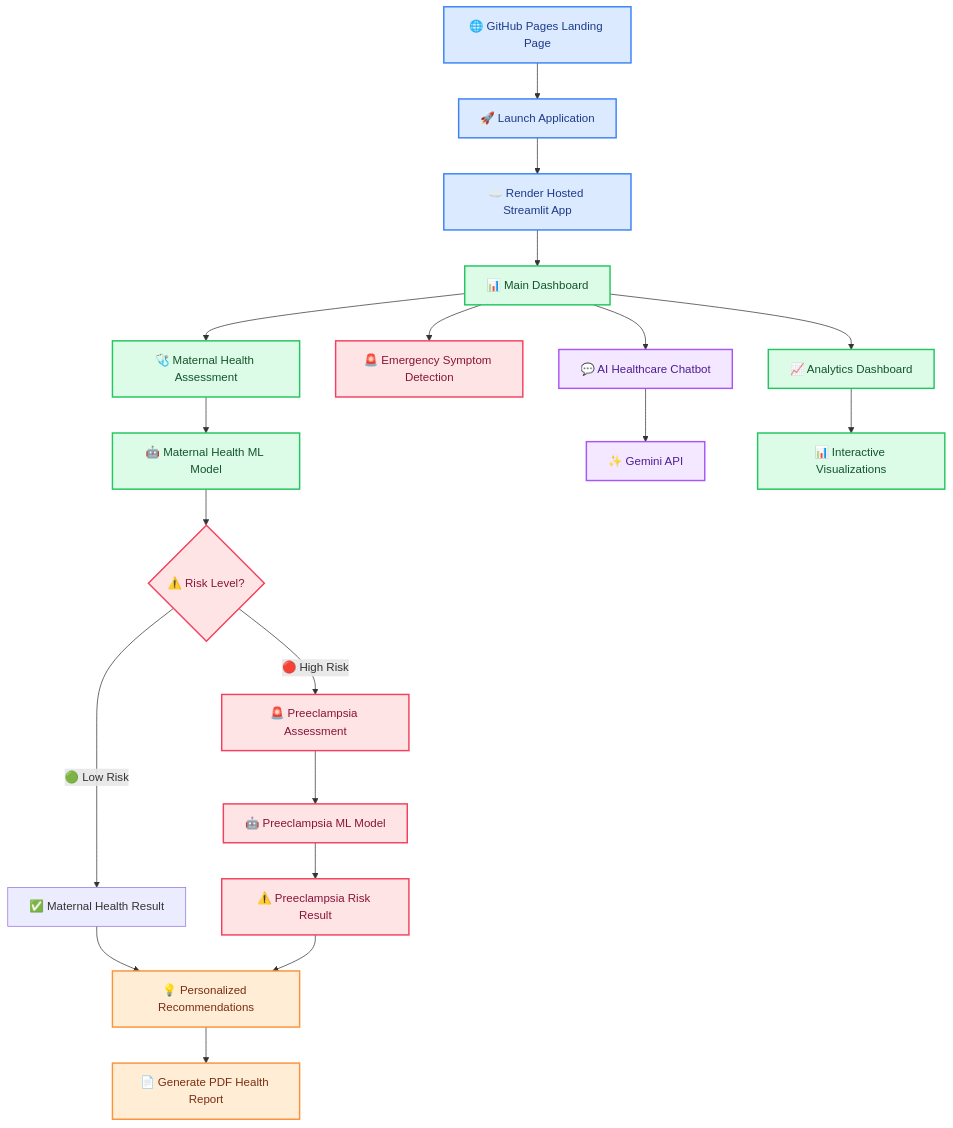
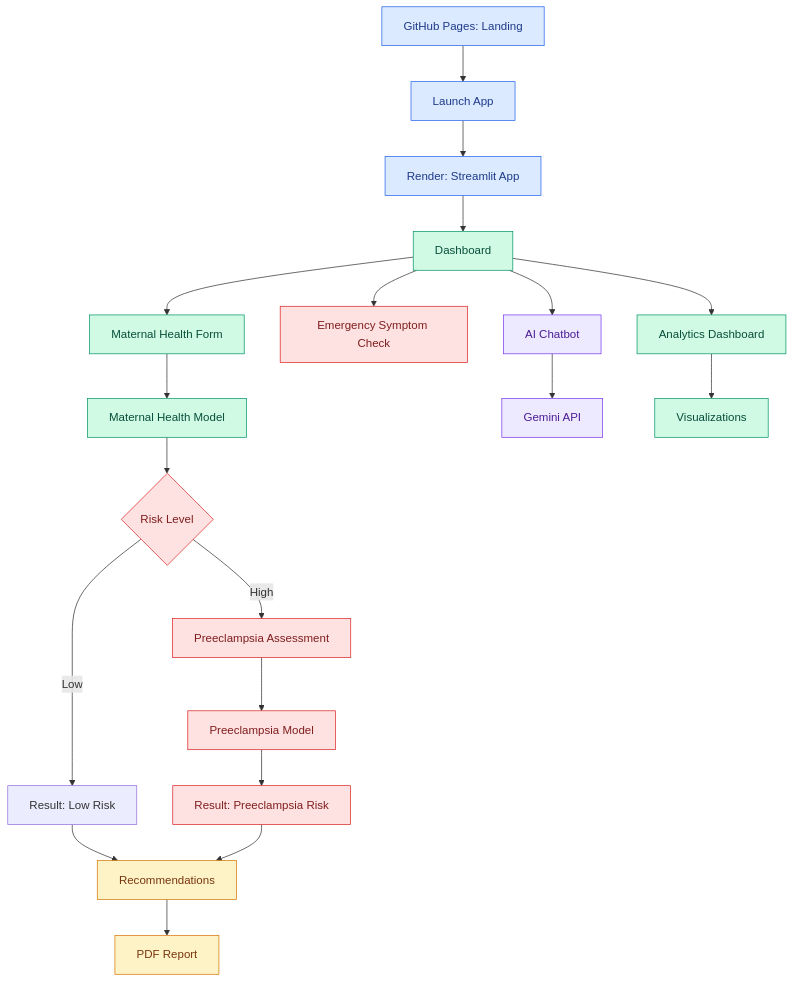
Before and after one commit to Gouravkar007/AI-Based-Maternal-Health-Preeclampsia-Risk-Prediction-System: the second of 2 diagrams in AI-Based-Maternal-Health-Preeclampsia-Risk-Prediction-System/README.md, drawn with Mermaid. The commit also changed other lines of this file, not shown here.

````diff
--- a/AI-Based-Maternal-Health-Preeclampsia-Risk-Prediction-System/README.md
+++ b/AI-Based-Maternal-Health-Preeclampsia-Risk-Prediction-System/README.md
@@ -232,51 +159,33 @@
 ```mermaid
 flowchart TD
+A[GitHub Pages: Landing] --> B[Launch App]
+B --> C[Render: Streamlit App]
+C --> D[Dashboard]
+D --> E[Maternal Health Form]
+E --> F[Maternal Health Model]
+F --> G{Risk Level}
+G -->|Low| H[Result: Low Risk]
+G -->|High| I[Preeclampsia Assessment]
+I --> J[Preeclampsia Model]
+J --> K[Result: Preeclampsia Risk]
+H --> L[Recommendations]
+K --> L
+L --> M[PDF Report]
+D --> N[Emergency Symptom Check]
+D --> O[AI Chatbot]
+O --> P[Gemini API]
+D --> Q[Analytics Dashboard]
+Q --> R[Visualizations]
 
-A[🌐 GitHub Pages Landing Page] --> B[🚀 Launch Application]
+classDef entry fill:#DBEAFE,stroke:#2563EB,color:#1E3A8A;
+classDef core fill:#D1FAE5,stroke:#059669,color:#064E3B;
+classDef risk fill:#FEE2E2,stroke:#DC2626,color:#7F1D1D;
+classDef ai fill:#EDE9FE,stroke:#7C3AED,color:#4C1D95;
+classDef out fill:#FEF3C7,stroke:#D97706,color:#78350F;
 
-B --> C[☁️ Render Hosted Streamlit App]
-
-C --> D[📊 Main Dashboard]
-
-D --> E[🩺 Maternal Health Assessment]
-
-E --> F[🤖 Maternal Health ML Model]
-
-F --> G{⚠️ Risk Level?}
-
-G -->|🟢 Low Risk| H[✅ Maternal Health Result]
-
-G -->|🔴 High Risk| I[🚨 Preeclampsia Assessment]
-
-I --> J[🤖 Preeclampsia ML Model]
-
-J --> K[⚠️ Preeclampsia Risk Result]
-
-H --> L[💡 Personalized Recommendations]
-K --> L
-
-L --> M[📄 Generate PDF Health Report]
-
-D --> N[🚨 Emergency Symptom Detection]
-
-D --> O[💬 AI Healthcare Chatbot]
-
-O --> P[✨ Gemini API]
-
-D --> Q[📈 Analytics Dashboard]
-
-Q --> R[📊 Interactive Visualizations]
-
-%% Styling
-classDef landing fill:#DBEAFE,stroke:#3B82F6,color:#1E3A8A,stroke-width:2px;
-classDef app fill:#DCFCE7,stroke:#22C55E,color:#14532D,stroke-width:2px;
-classDef risk fill:#FFE4E6,stroke:#F43F5E,color:#881337,stroke-width:2px;
-classDef ai fill:#F3E8FF,stroke:#A855F7,color:#4C1D95,stroke-width:2px;
-classDef report fill:#FFEDD5,stroke:#FB923C,color:#7C2D12,stroke-width:2px;
-
-class A,B,C landing;
-class D,E,F,Q,R app;
+class A,B,C entry;
+class D,E,F,Q,R core;
 class G,I,J,K,N risk;
 class O,P ai;
-class L,M report;
+class L,M out;
 ```
````
